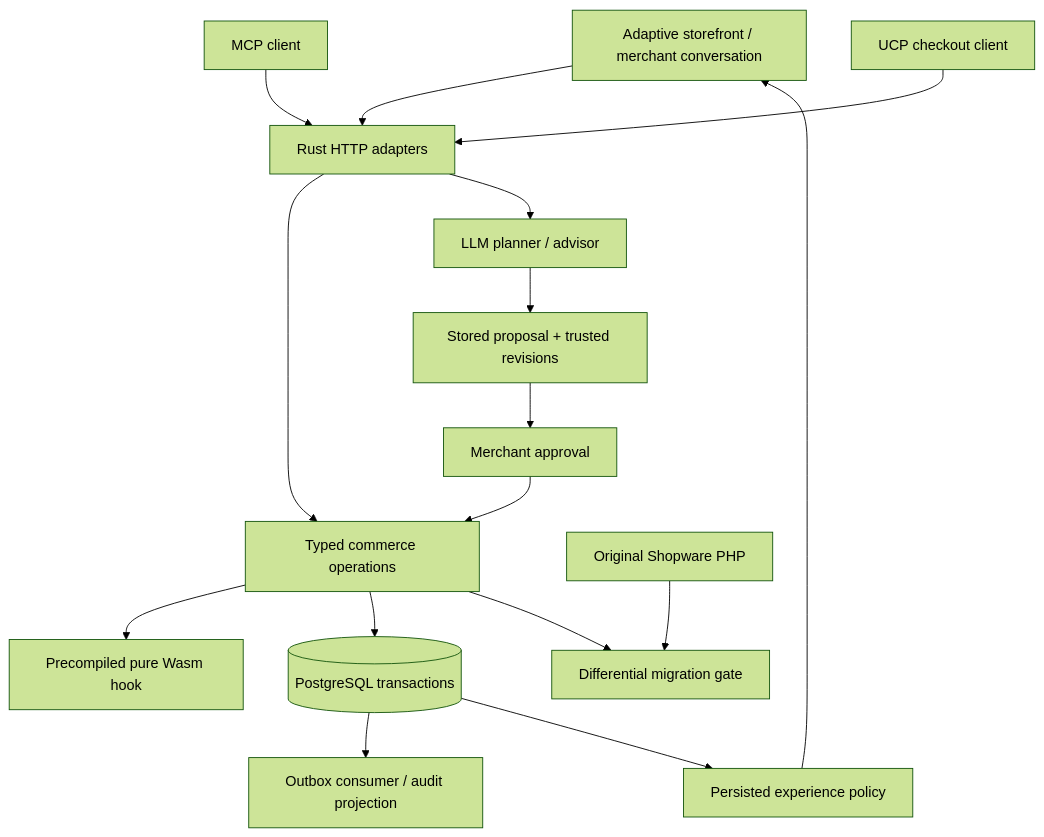
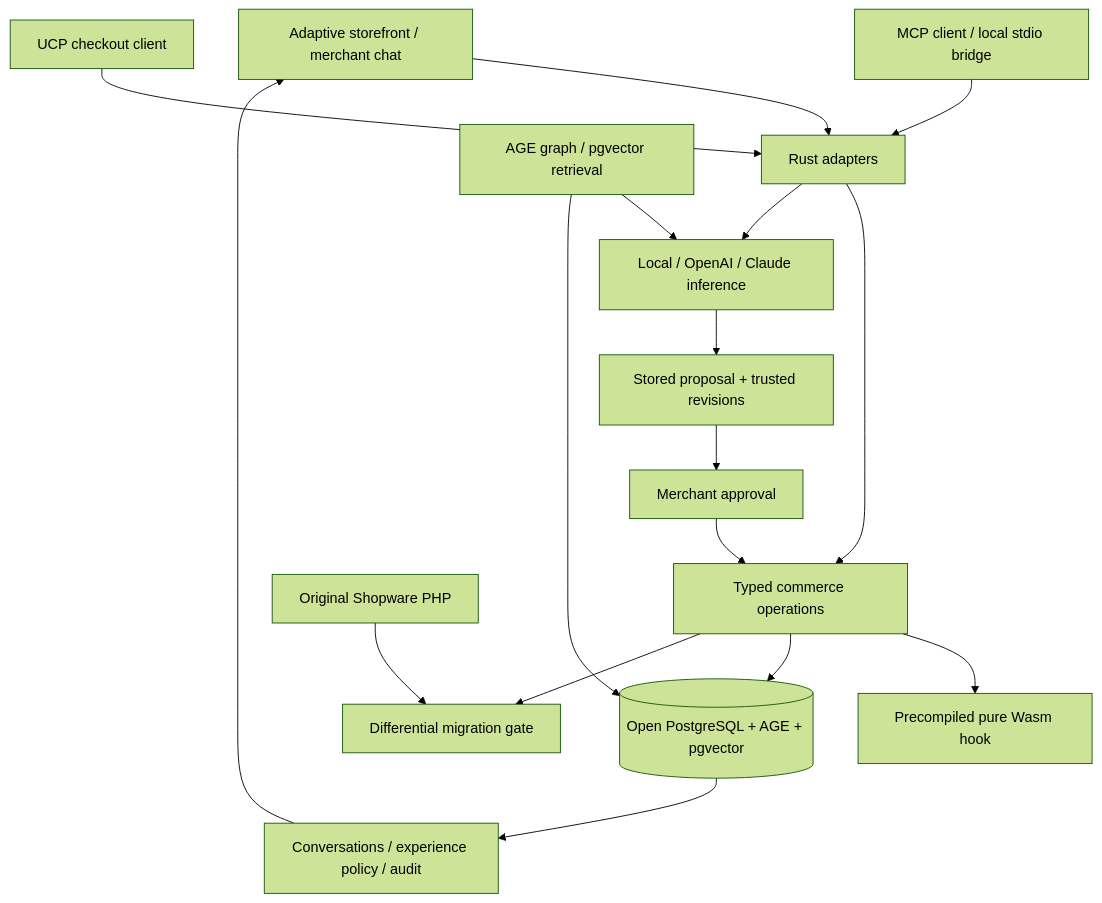
Before and after one commit to sthamann/rust-ai-commerce: the diagram in README.md, drawn with Mermaid (forest theme). The commit also changed other lines of this file and 34 other files, not shown here.

Commit message:
Add open graph and vector data, persistent merchant chat, model adapters and expanded Shopware pricing

````diff
--- a/README.md
+++ b/README.md
@@ -107,18 +165,19 @@
 ```mermaid
 flowchart TD
-  UI[Adaptive storefront / merchant conversation] --> API[Rust HTTP adapters]
-  MCP[MCP client] --> API
+  UI[Adaptive storefront / merchant chat] --> API[Rust adapters]
+  MCP[MCP client / local stdio bridge] --> API
   UCP[UCP checkout client] --> API
   API --> CORE[Typed commerce operations]
-  API --> PLAN[LLM planner / advisor]
+  API --> PLAN[Local / OpenAI / Claude inference]
+  KNOWLEDGE[AGE graph / pgvector retrieval] --> PLAN
   PLAN --> PREVIEW[Stored proposal + trusted revisions]
   PREVIEW --> APPROVAL[Merchant approval]
   APPROVAL --> CORE
   CORE --> WASM[Precompiled pure Wasm hook]
-  CORE --> PG[(PostgreSQL transactions)]
-  PG --> OUTBOX[Outbox consumer / audit projection]
-  PG --> POLICY[Persisted experience policy]
-  POLICY --> UI
+  CORE --> DB[(Open PostgreSQL + AGE + pgvector)]
+  KNOWLEDGE --> DB
+  DB --> MEMORY[Conversations / experience policy / audit]
+  MEMORY --> UI
   REF[Original Shopware PHP] --> DIFF[Differential migration gate]
   CORE --> DIFF
 ```
````
